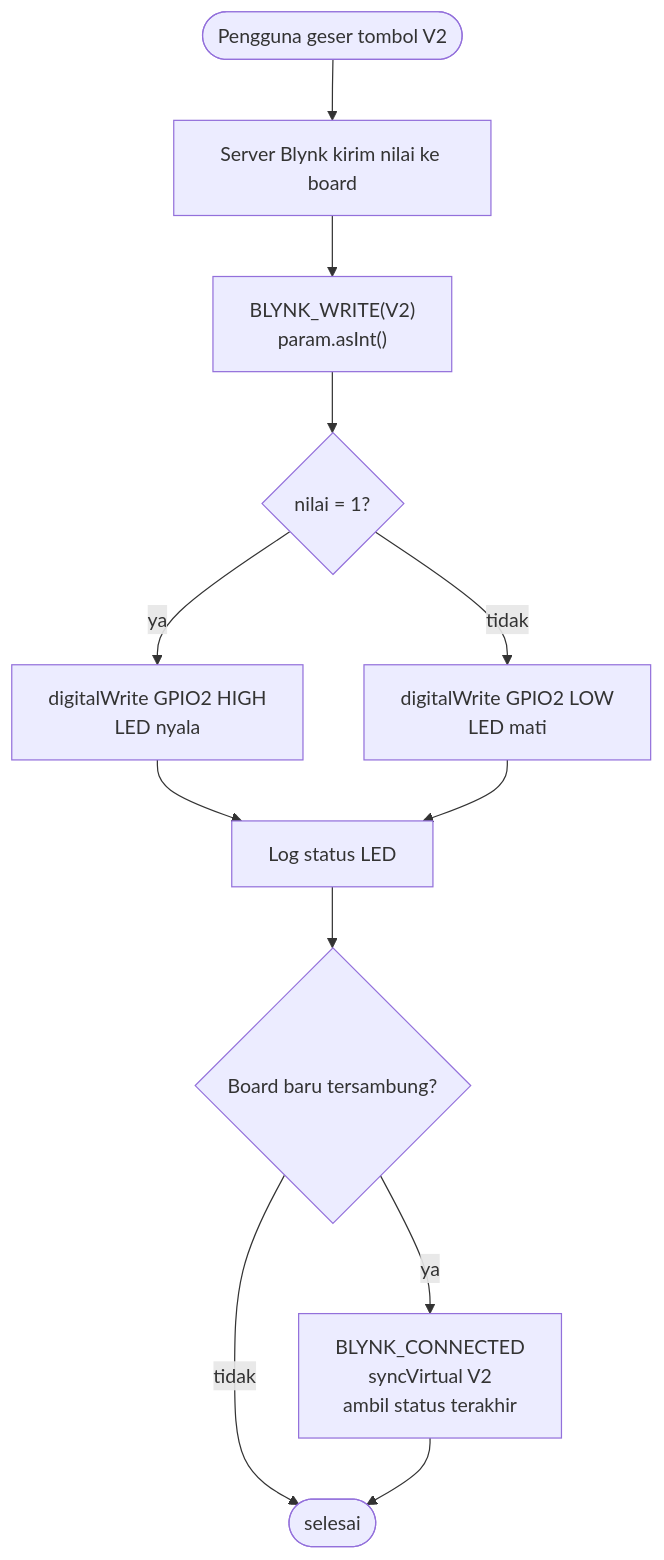
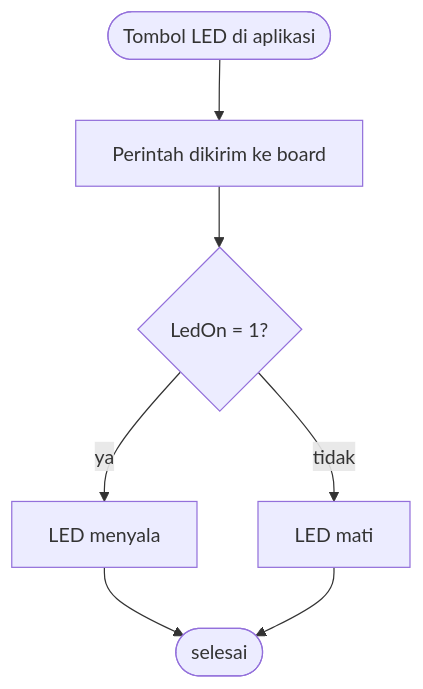
Before and after one commit to milanalfandiismail/IoT: the second of 2 diagrams in docs/diagrams/flowchart-blynk.md, drawn with Mermaid. The commit also changed other lines of this file and 5 other files, not shown here.

Commit message:
docs: sederhanakan block diagram dan flowchart Blynk

````diff
--- a/docs/diagrams/flowchart-blynk.md
+++ b/docs/diagrams/flowchart-blynk.md
@@ -42,14 +18,9 @@
 ```mermaid
 flowchart TB
-    A([Pengguna geser tombol V2]) --> B["Server Blynk kirim nilai ke board"]
-    B --> C["BLYNK_WRITE(V2)<br/>param.asInt()"]
-    C --> D{"nilai = 1?"}
-    D -- ya --> E["digitalWrite GPIO2 HIGH<br/>LED nyala"]
-    D -- tidak --> F["digitalWrite GPIO2 LOW<br/>LED mati"]
-    E --> G["Log status LED"]
-    F --> G
-    G --> H{"Board baru tersambung?"}
-    H -- ya --> I["BLYNK_CONNECTED<br/>syncVirtual V2<br/>ambil status terakhir"]
-    H -- tidak --> J([selesai])
-    I --> J
+    A([Tombol LED di aplikasi]) --> B[Perintah dikirim ke board]
+    B --> C{LedOn = 1?}
+    C -- ya --> D[LED menyala]
+    C -- tidak --> E[LED mati]
+    D --> F([selesai])
+    E --> F
 ```
````
